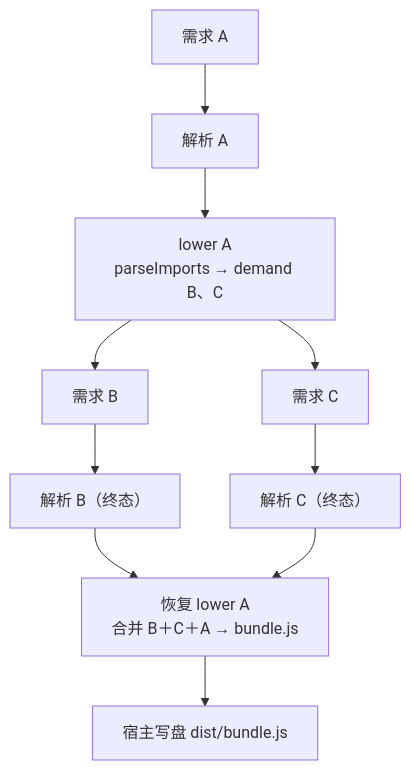
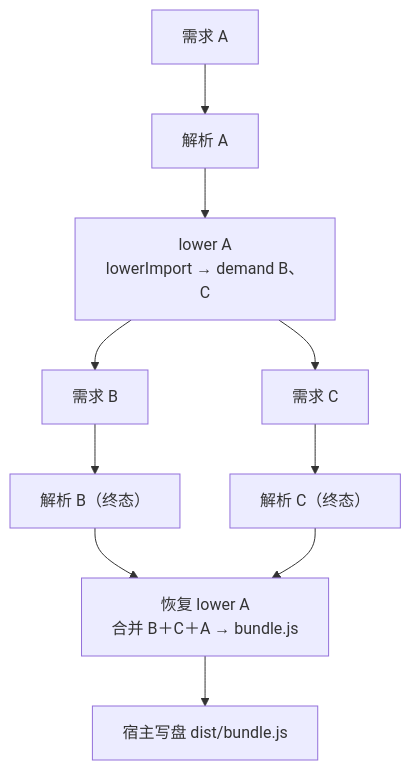
One commit to idealjs/stack changed the diagram in packages/stack/docs/recipe-single-file.md. Above: the diagram before and after it, drawn with Mermaid. The commit also changed other lines of this file and 1 other file, not shown here.

Commit message:
docs: v2 词汇迁移 parseImports→lowerImport——lower 相的 import 分析工具随相定名（供 lower 分析自身输入，与引擎共用同一解析器），协议 LowerContext 与单文件打包范本同步

````diff
--- a/packages/stack/docs/recipe-single-file.md
+++ b/packages/stack/docs/recipe-single-file.md
@@ -36,10 +36,10 @@
 ```mermaid
 flowchart TD
     D1["需求 A"] --> P1["解析 A"]
-    P1 --> L1["lower A<br/>parseImports → demand B、C"]
+    P1 --> L1["lower A<br/>lowerImport → demand B、C"]
     L1 --> D2["需求 B"] --> P2["解析 B（终态）"]
     L1 --> D3["需求 C"] --> P3["解析 C（终态）"]
     P2 --> R["恢复 lower A<br/>合并 B＋C＋A → bundle.js"]
     P3 --> R
     R --> W["宿主写盘 dist/bundle.js"]
 ```
````
